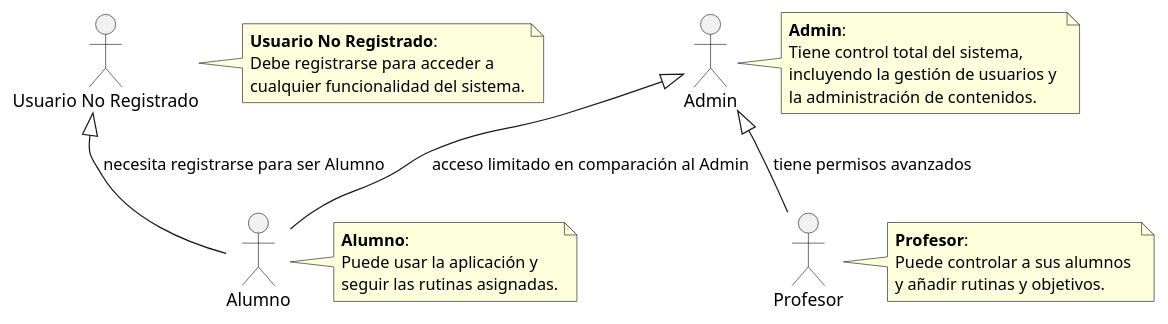
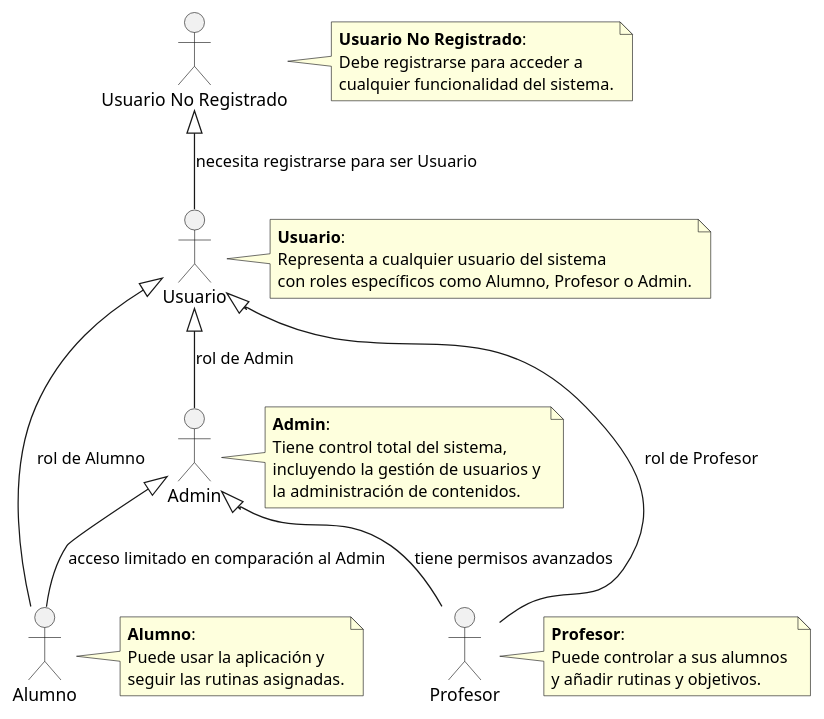
The diagram in Documentos/Actores/Actores.puml (mmasias/24-25-IdSw1-SDR), drawn with PlantUML before and after one commit.

Commit message:
Cambio en los actores

```diff
--- a/Documentos/Actores/Actores.puml
+++ b/Documentos/Actores/Actores.puml
@@ -1,37 +1,48 @@
 @startuml
 
 actor "Usuario No Registrado" as UsuarioNoRegistrado
+actor Usuario
 actor Profesor
 actor Alumno
 actor Admin
 
-UsuarioNoRegistrado <|-- Alumno : necesita registrarse para ser Alumno
+UsuarioNoRegistrado <|-- Usuario : necesita registrarse para ser Usuario
+Usuario <|-- Alumno : rol de Alumno
+Usuario <|-- Profesor : rol de Profesor
+Usuario <|-- Admin : rol de Admin
+
 Admin <|-- Profesor : tiene permisos avanzados
 Admin <|-- Alumno : acceso limitado en comparación al Admin
 
 note right of UsuarioNoRegistrado
   **Usuario No Registrado**: 
   Debe registrarse para acceder a 
   cualquier funcionalidad del sistema.
+end note
+
+note right of Usuario
+  **Usuario**: 
+  Representa a cualquier usuario del sistema
+  con roles específicos como Alumno, Profesor o Admin.
 end note
 
 note right of Alumno
   **Alumno**: 
   Puede usar la aplicación y 
   seguir las rutinas asignadas.
 end note
 
 note right of Profesor
   **Profesor**: 
   Puede controlar a sus alumnos 
   y añadir rutinas y objetivos.
 end note
 
 note right of Admin
   **Admin**: 
   Tiene control total del sistema,
   incluyendo la gestión de usuarios y 
   la administración de contenidos.
 end note
 
 @enduml
```
